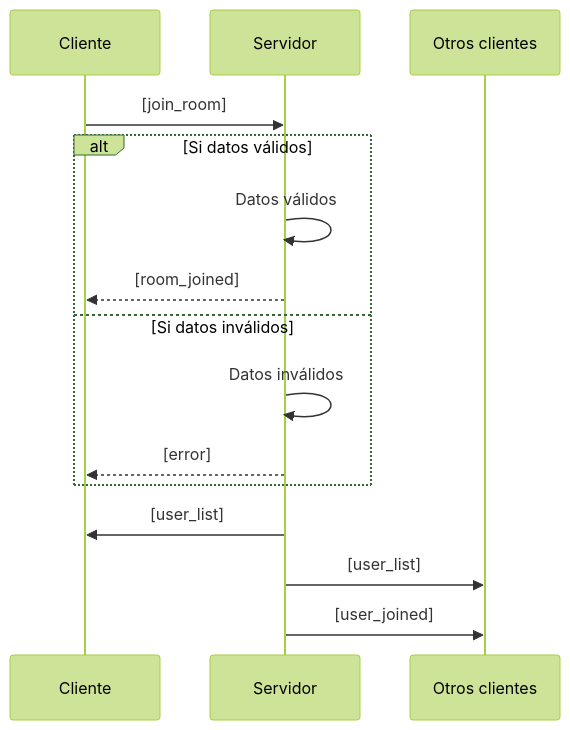
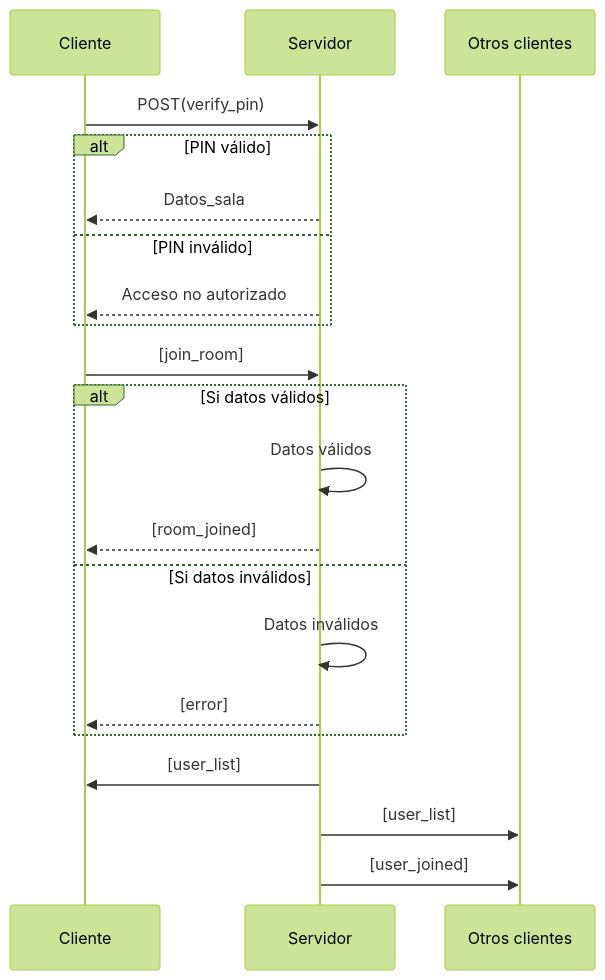
Before and after one commit to MATEOCAIZA/Proyecto1_Distribuidas: the first of 4 diagrams in backend/README.md, drawn with Mermaid (forest theme). The commit also changed other lines of this file and 351 other files, not shown here.

````diff
--- a/backend/README.md
+++ b/backend/README.md
@@ -5,20 +5,27 @@
 ```mermaid
     sequenceDiagram
     participant C as Cliente
     participant S as Servidor
     participant O as Otros clientes
+
+    C->>S: POST(verify_pin)
+    alt PIN válido
+        S-->>C:Datos_sala
+    else PIN inválido
+        S-->>C:Acceso no autorizado
+    end
 
     C->>S: [join_room]
     
     alt Si datos válidos
         S->>S: Datos válidos
         S-->>C: [room_joined]
     else Si datos inválidos
         S->>S: Datos inválidos
         S-->>C: [error]
     end
 
     S->>C: [user_list]
     S->>O: [user_list]
     S->>O: [user_joined]
 ```
````
